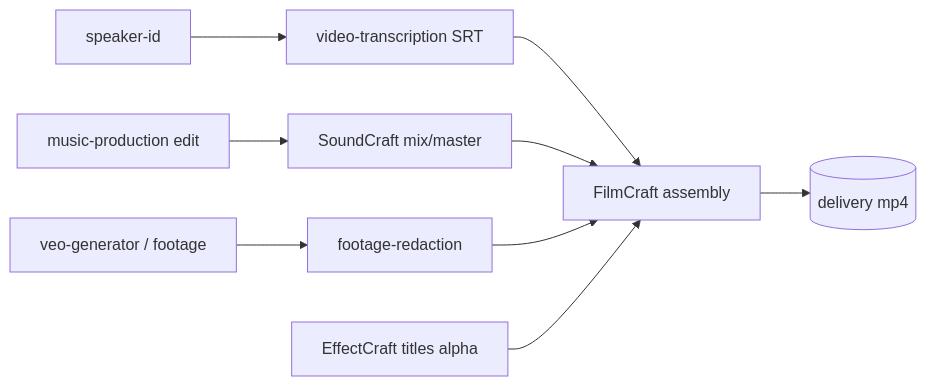
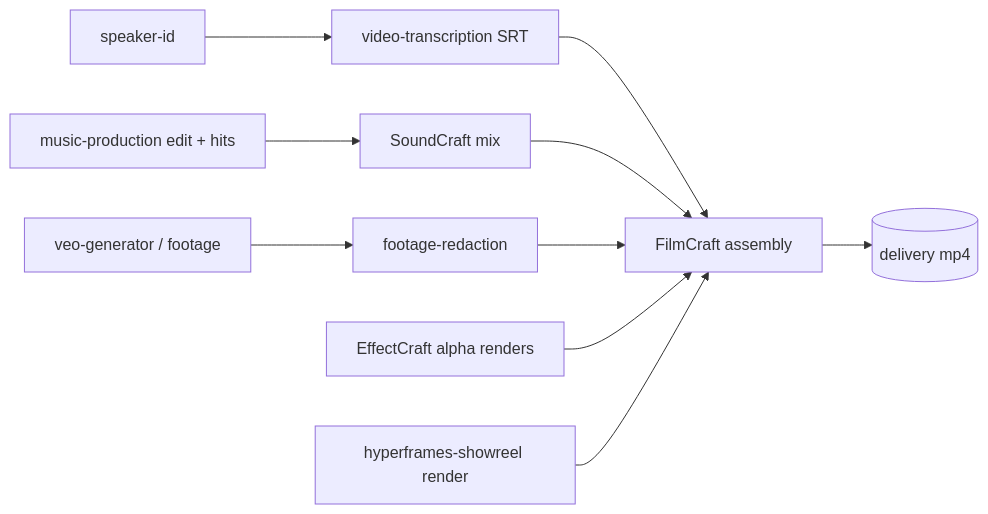
Before and after one commit to BlackBeltTechnology/pi-agent-dashboard: the diagram in openspec/changes/add-craft-media-workflows/design.md, drawn with Mermaid. The commit also changed other lines of this file and 6 other files, not shown here.

````diff
--- a/openspec/changes/add-craft-media-workflows/design.md
+++ b/openspec/changes/add-craft-media-workflows/design.md
@@ -16,9 +19,10 @@
 ```mermaid
 flowchart LR
-  VT[video-transcription SRT] --> FC
-  SID[speaker-id] --> VT
-  MP[music-production edit] --> SC[SoundCraft mix/master] --> FC[FilmCraft assembly]
+  SID[speaker-id] --> VT[video-transcription SRT]
+  VT --> FC[FilmCraft assembly]
+  MP[music-production edit + hits] --> SC[SoundCraft mix] --> FC
   VEO[veo-generator / footage] --> FR[footage-redaction] --> FC
-  EC[EffectCraft titles alpha] --> FC
+  EC[EffectCraft alpha renders] --> FC
+  HF[hyperframes-showreel render] --> FC
   FC --> OUT[(delivery mp4)]
 ```
````
